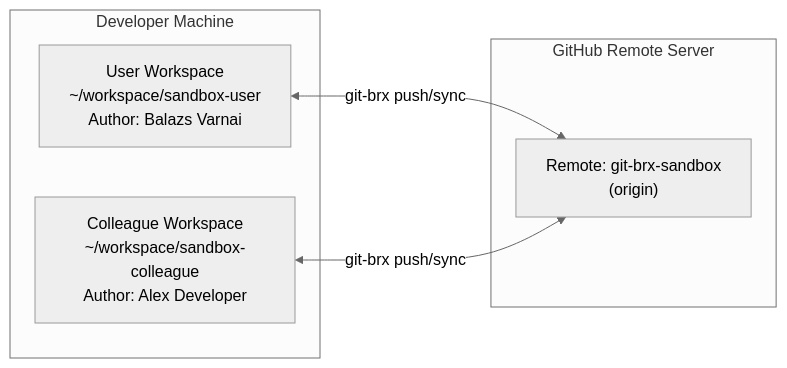
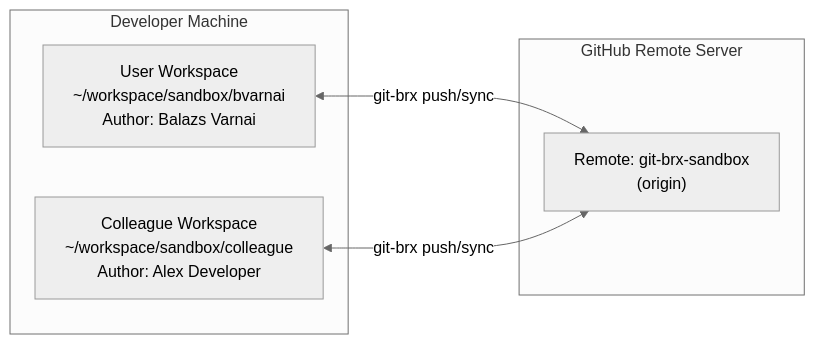
The first of 2 diagrams in docs/user-guide/colleague-simulation.md (bvarnai/git-brx), drawn with Mermaid (neutral theme) before and after one commit. The commit also changed other lines of this file and 2 other files, not shown here.

Commit message:
docs(#22): isolate sandbox clones in ~/workspace/sandbox and inherit user git config

````diff
--- a/docs/user-guide/colleague-simulation.md
+++ b/docs/user-guide/colleague-simulation.md
@@ -11,14 +11,14 @@
 ```mermaid
 flowchart LR
     subgraph Host["Developer Machine"]
-        UserWorkspace["User Workspace<br/>~/workspace/sandbox-user<br/>Author: Balazs Varnai"]
-        ColleagueWorkspace["Colleague Workspace<br/>~/workspace/sandbox-colleague<br/>Author: Alex Developer"]
+        UserWorkspace["User Workspace<br/>~/workspace/sandbox/bvarnai<br/>Author: Balazs Varnai"]
+        ColleagueWorkspace["Colleague Workspace<br/>~/workspace/sandbox/colleague<br/>Author: Alex Developer"]
     end
 
     subgraph GitHub["GitHub Remote Server"]
         SandboxRepo["Remote: git-brx-sandbox<br/>(origin)"]
     end
 
     UserWorkspace <-->|git-brx push/sync| SandboxRepo
     ColleagueWorkspace <-->|git-brx push/sync| SandboxRepo
 ```
````
